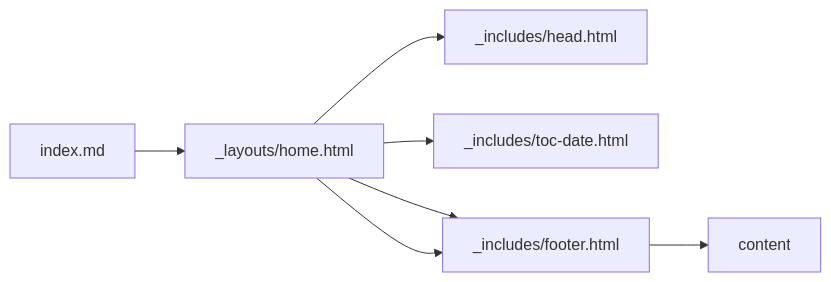
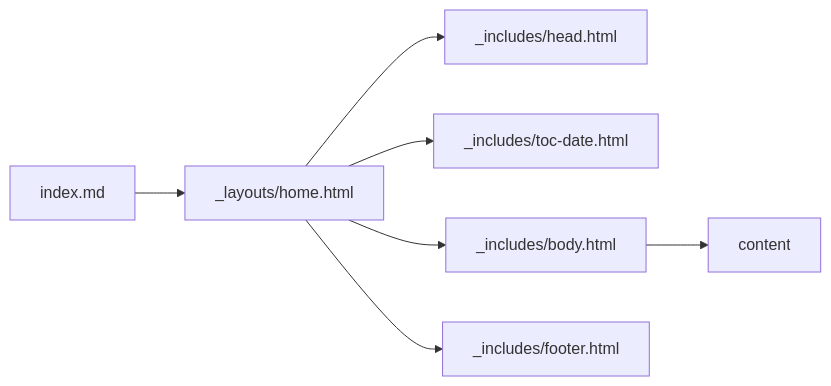
The first of 2 diagrams in _posts/2021-09-25-markdown_graph.md (contravia-cloud/TechnicalBlog), drawn with Mermaid before and after one commit.

```diff
--- a/_posts/2021-09-25-markdown_graph.md
+++ b/_posts/2021-09-25-markdown_graph.md
@@ -8,9 +8,9 @@
 <div class="mermaid"> 
 graph LR;
     A[index.md] -->B[_layouts/home.html];
     B --> C[_includes/head.html];
     B --> D[_includes/toc-date.html];
     B --> E[_includes/body.html];
-    B --> E[_includes/footer.html];
-    E --> F[content];
+    B --> F[_includes/footer.html];
+    E --> G[content];
 </div>
```
